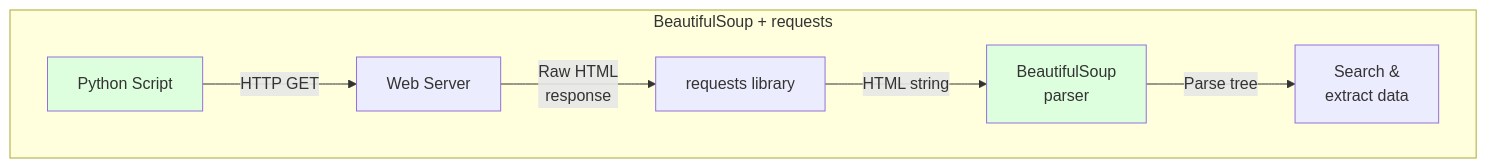
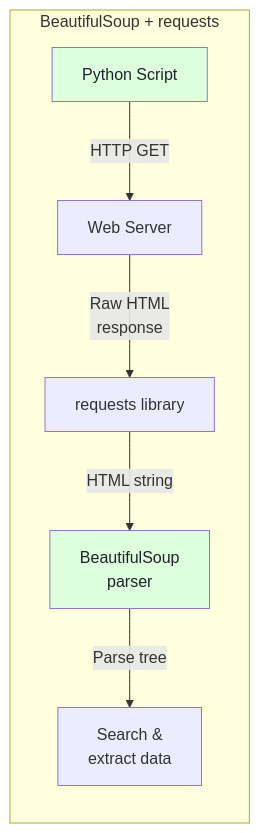
One commit to bytetunnels/bytetunnels.github.com changed the first of 3 diagrams in _posts/2026-02-25-beautifulsoup-vs-selenium-choosing-right-python-scraping-tool.md. Above: the diagram before and after it, drawn with Mermaid. The commit also changed other lines of this file and 118 other files, not shown here.

Commit message:
feat: improve diagram styling and compact wide flowcharts

````diff
--- a/_posts/2026-02-25-beautifulsoup-vs-selenium-choosing-right-python-scraping-tool.md
+++ b/_posts/2026-02-25-beautifulsoup-vs-selenium-choosing-right-python-scraping-tool.md
@@ -122,12 +122,13 @@
 ```mermaid
 graph TD
     subgraph BS4["BeautifulSoup + requests"]
+        direction TB
         A1["Python Script"] -->|"HTTP GET"| A2["Web Server"]
         A2 -->|"Raw HTML<br>response"| A3["requests library"]
-        A3 -->|"HTML string"| A4["BeautifulSoup<br>parser"]
+        A3 -->|"HTML string"| A4["BeautifulSoup<br/>parser"]
         A4 -->|"Parse tree"| A5["Search &<br>extract data"]
     end
 
-    style A1 fill:#ddffdd
-    style A4 fill:#ddffdd
+    style A1 fill:#ddffdd,color:#1f2328
+    style A4 fill:#ddffdd,color:#1f2328
 ```
````
